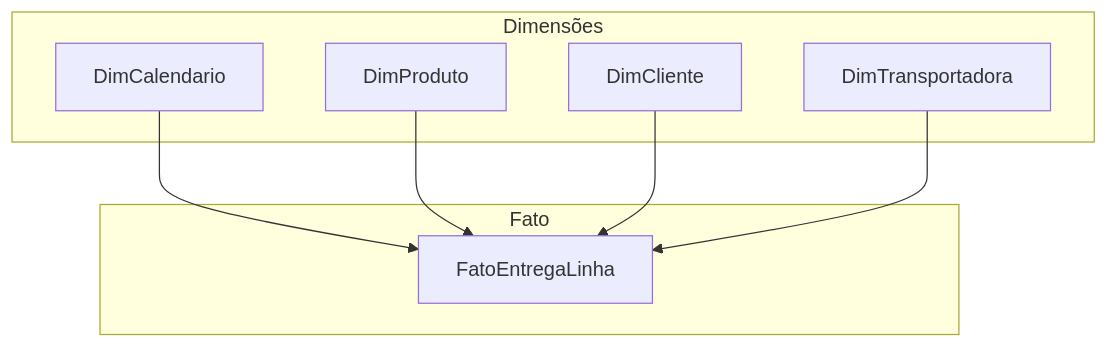
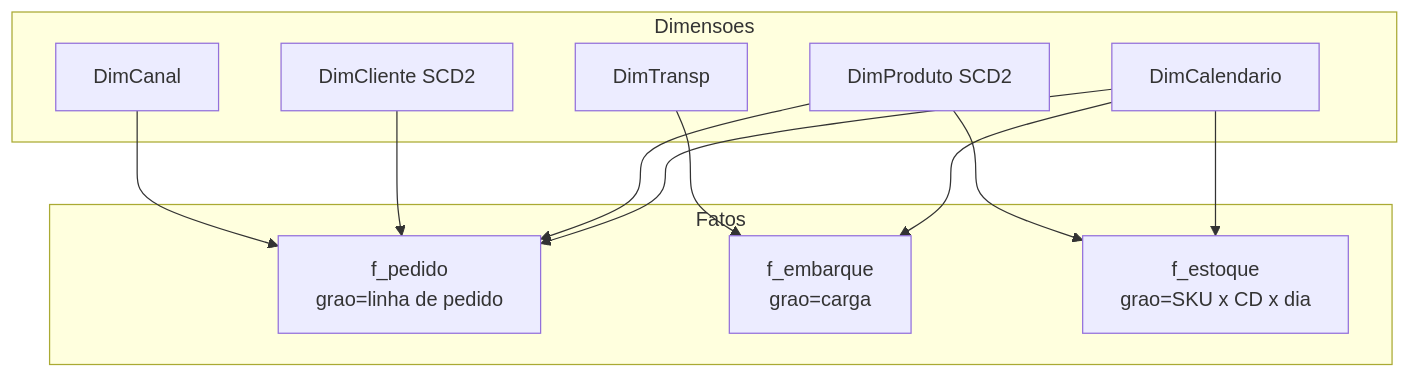
One commit to cleberhensel/logisticon-academy changed the diagram in aulas/trilha-dados-analytics-logistica/modulo-03-power-bi-para-supply-chain/aula-01-modelo-dados-supply-chain-power-bi.md. Above: the diagram before and after it, drawn with Mermaid. The commit also changed other lines of this file and 122 other files, not shown here.

````diff
--- a/aulas/trilha-dados-analytics-logistica/modulo-03-power-bi-para-supply-chain/aula-01-modelo-dados-supply-chain-power-bi.md
+++ b/aulas/trilha-dados-analytics-logistica/modulo-03-power-bi-para-supply-chain/aula-01-modelo-dados-supply-chain-power-bi.md
@@ -19,16 +49,23 @@
 ```mermaid
 flowchart TB
-  subgraph dim["Dimensões"]
+  subgraph dim["Dimensoes"]
     Cal[DimCalendario]
-    P[DimProduto]
-    C[DimCliente]
-    T[DimTransportadora]
+    P[DimProduto SCD2]
+    C[DimCliente SCD2]
+    T[DimTransp]
+    Cn[DimCanal]
   end
-  subgraph fato["Fato"]
-    F[FatoEntregaLinha]
+  subgraph fato["Fatos"]
+    F1[f_pedido<br/>grao=linha de pedido]
+    F2[f_embarque<br/>grao=carga]
+    F3[f_estoque<br/>grao=SKU x CD x dia]
   end
-  Cal --> F
-  P --> F
-  C --> F
-  T --> F
+  Cal --> F1
+  Cal --> F2
+  Cal --> F3
+  P --> F1
+  P --> F3
+  C --> F1
+  T --> F2
+  Cn --> F1
 ```
````
